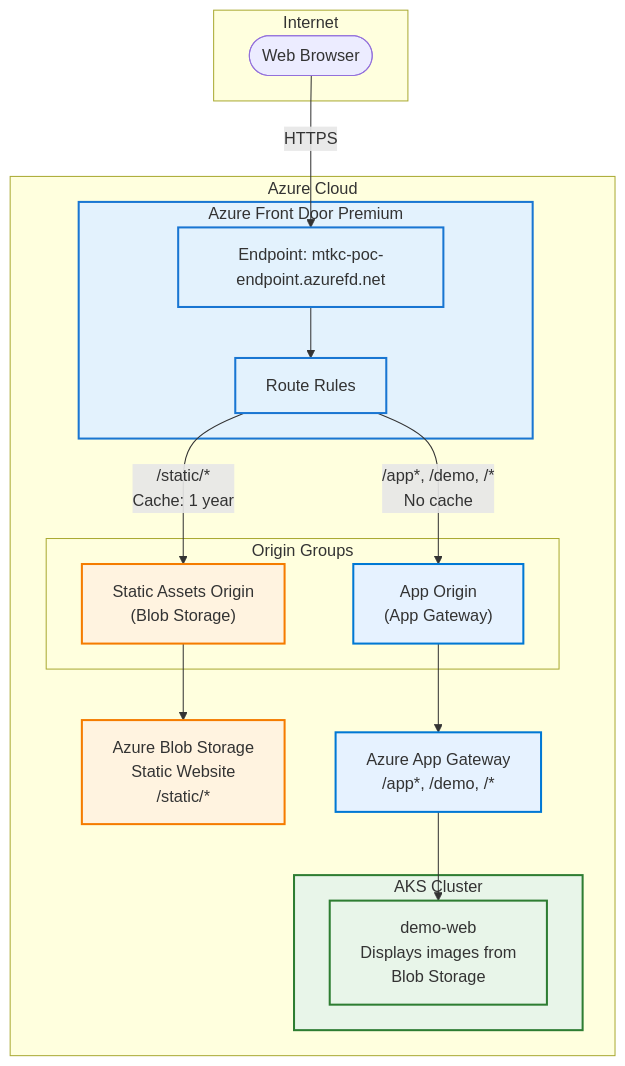
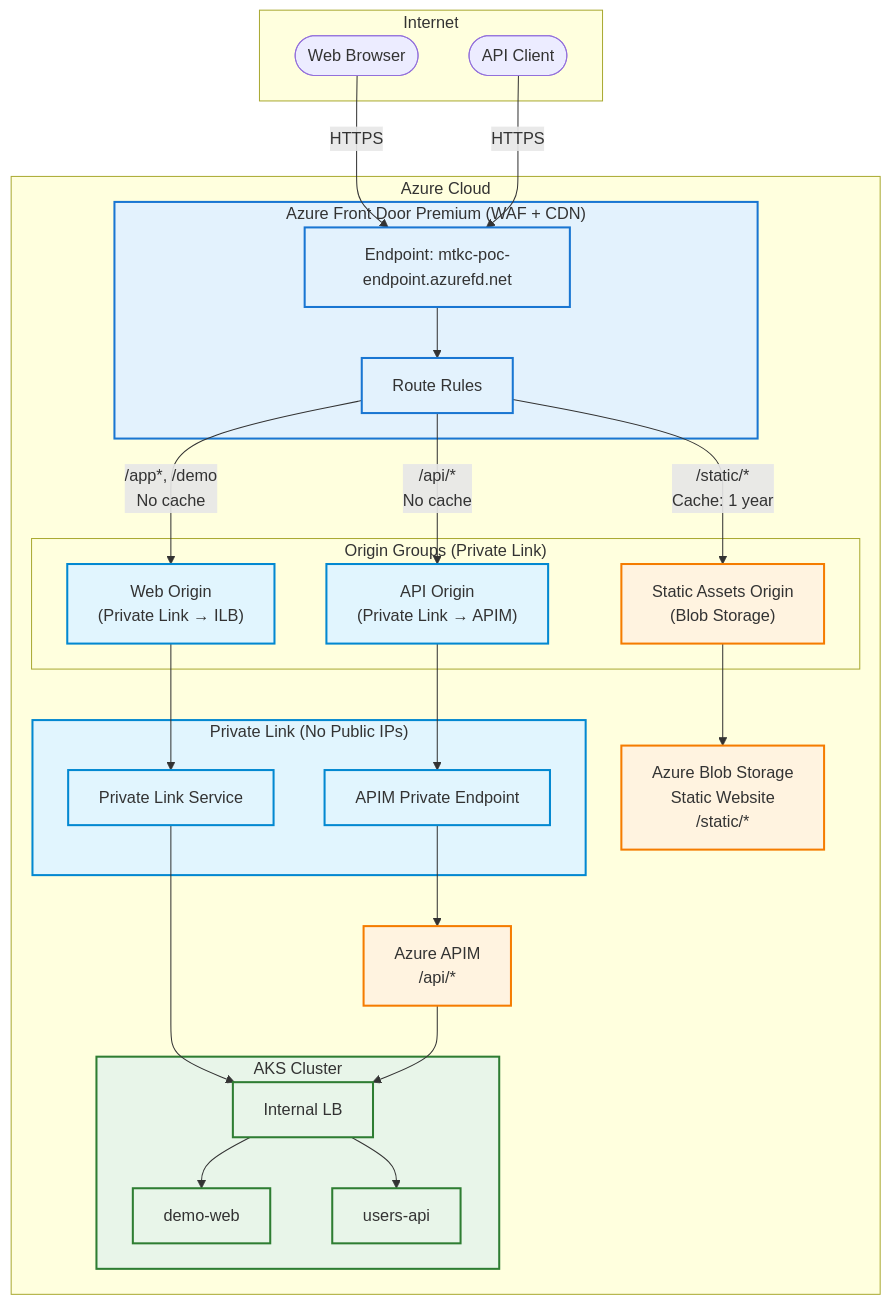
Before and after one commit to shanaka-versent/AKS-Istio-GatewayAPI-Demo: the ninth of 11 diagrams in README.md, drawn with Mermaid. The commit also changed other lines of this file, not shown here.

First line of the commit message:
Update all architecture diagrams to show Front Door + Private Link

````diff
--- a/README.md
+++ b/README.md
@@ -1084,43 +1102,62 @@
 ```mermaid
 flowchart TB
     subgraph Internet["Internet"]
         Browser(["Web Browser"])
+        APIClient(["API Client"])
     end
 
     subgraph Azure["Azure Cloud"]
-        subgraph FrontDoor["Azure Front Door Premium"]
+        subgraph FrontDoor["Azure Front Door Premium (WAF + CDN)"]
             FD_EP["Endpoint: mtkc-poc-endpoint.azurefd.net"]
             FD_Rules["Route Rules"]
         end
 
-        subgraph Origins["Origin Groups"]
+        subgraph Origins["Origin Groups (Private Link)"]
             StaticOrigin["Static Assets Origin<br/>(Blob Storage)"]
-            AppOrigin["App Origin<br/>(App Gateway)"]
+            WebOrigin["Web Origin<br/>(Private Link → ILB)"]
+            APIOrigin["API Origin<br/>(Private Link → APIM)"]
         end
 
         Blob["Azure Blob Storage<br/>Static Website<br/>/static/*"]
-        AppGW["Azure App Gateway<br/>/app*, /demo, /*"]
+
+        subgraph PrivateLink["Private Link (No Public IPs)"]
+            PLS["Private Link Service"]
+            APIM_PE["APIM Private Endpoint"]
+        end
+
+        APIM["Azure APIM<br/>/api/*"]
 
         subgraph AKS["AKS Cluster"]
-            DemoWeb["demo-web<br/>Displays images from<br/>Blob Storage"]
+            ILB["Internal LB"]
+            DemoWeb["demo-web"]
+            UsersAPI["users-api"]
         end
     end
 
     Browser -->|"HTTPS"| FD_EP
+    APIClient -->|"HTTPS"| FD_EP
     FD_EP --> FD_Rules
     FD_Rules -->|"/static/*<br/>Cache: 1 year"| StaticOrigin
-    FD_Rules -->|"/app*, /demo, /*<br/>No cache"| AppOrigin
+    FD_Rules -->|"/app*, /demo<br/>No cache"| WebOrigin
+    FD_Rules -->|"/api/*<br/>No cache"| APIOrigin
     StaticOrigin --> Blob
-    AppOrigin --> AppGW
-    AppGW --> DemoWeb
+    WebOrigin --> PLS
+    APIOrigin --> APIM_PE
+    PLS --> ILB
+    APIM_PE --> APIM
+    APIM --> ILB
+    ILB --> DemoWeb
+    ILB --> UsersAPI
 
     classDef fd fill:#e3f2fd,stroke:#1976d2,stroke-width:2px
     classDef storage fill:#fff3e0,stroke:#f57c00,stroke-width:2px
-    classDef appgw fill:#e6f2ff,stroke:#0078d4,stroke-width:2px
+    classDef privatelink fill:#e1f5fe,stroke:#0288d1,stroke-width:2px
+    classDef apim fill:#fff3e0,stroke:#f57c00,stroke-width:2px
     classDef aks fill:#e8f5e9,stroke:#2e7d32,stroke-width:2px
 
     class FrontDoor,FD_EP,FD_Rules fd
     class Blob,StaticOrigin storage
-    class AppGW,AppOrigin appgw
-    class AKS,DemoWeb aks
+    class PrivateLink,PLS,APIM_PE,WebOrigin,APIOrigin privatelink
+    class APIM apim
+    class AKS,ILB,DemoWeb,UsersAPI aks
 ```
````
